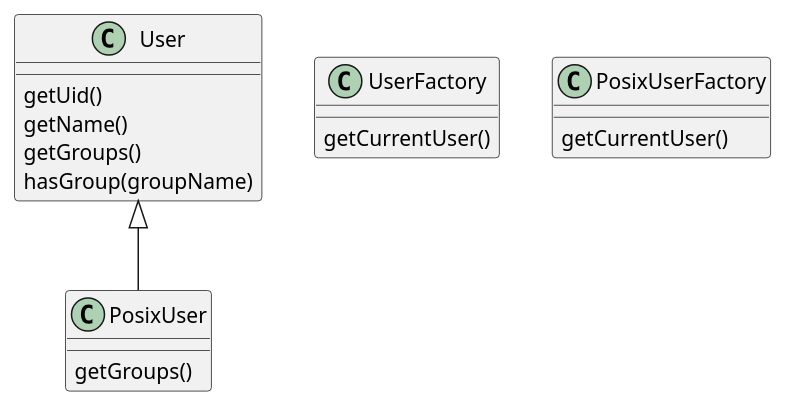
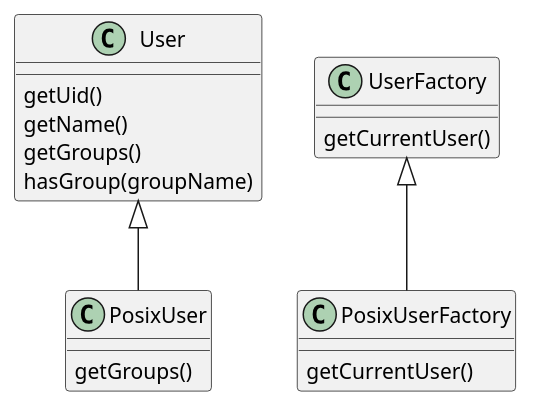
One commit to ilb/posixuserjs changed the diagram in docs/entities.puml. Above: the diagram before and after it, drawn with PlantUML. The commit also changed 1 other file, not shown here.

```diff
--- a/docs/entities.puml
+++ b/docs/entities.puml
@@ -1,22 +1,22 @@
 @startuml
 
 class User{
     getUid()
     getName()
     getGroups()
     hasGroup(groupName)
 }
 
 class PosixUser{
     getGroups()
 }
 class UserFactory{
     getCurrentUser()
 }
-class PosixUserFactory{
+class PosixUserFactory {
     getCurrentUser() 
 }
 
 User  <|-- PosixUser
-
+UserFactory  <|-- PosixUserFactory
 @enduml
```
